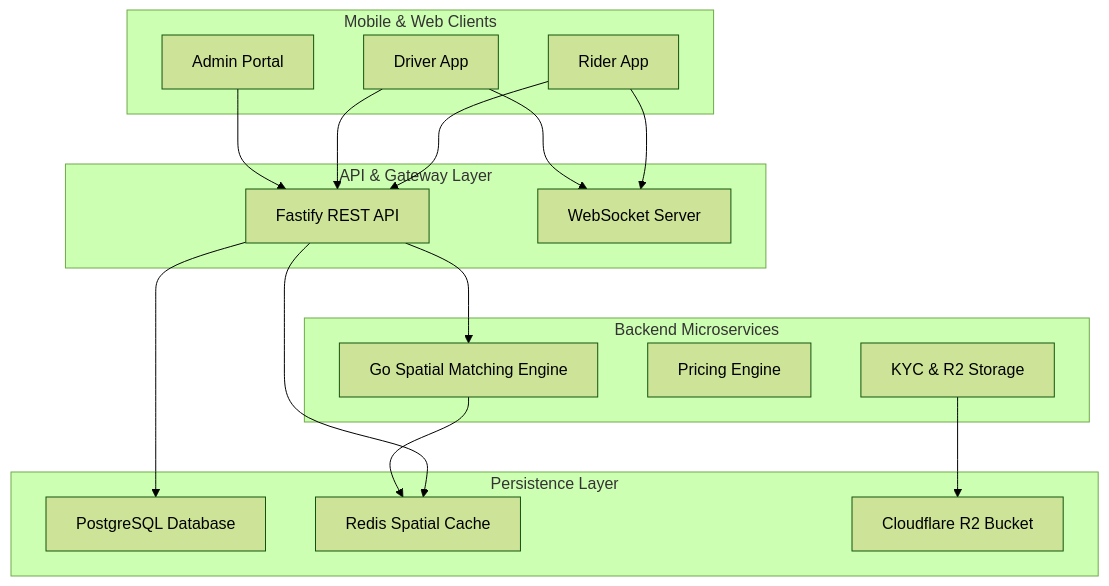
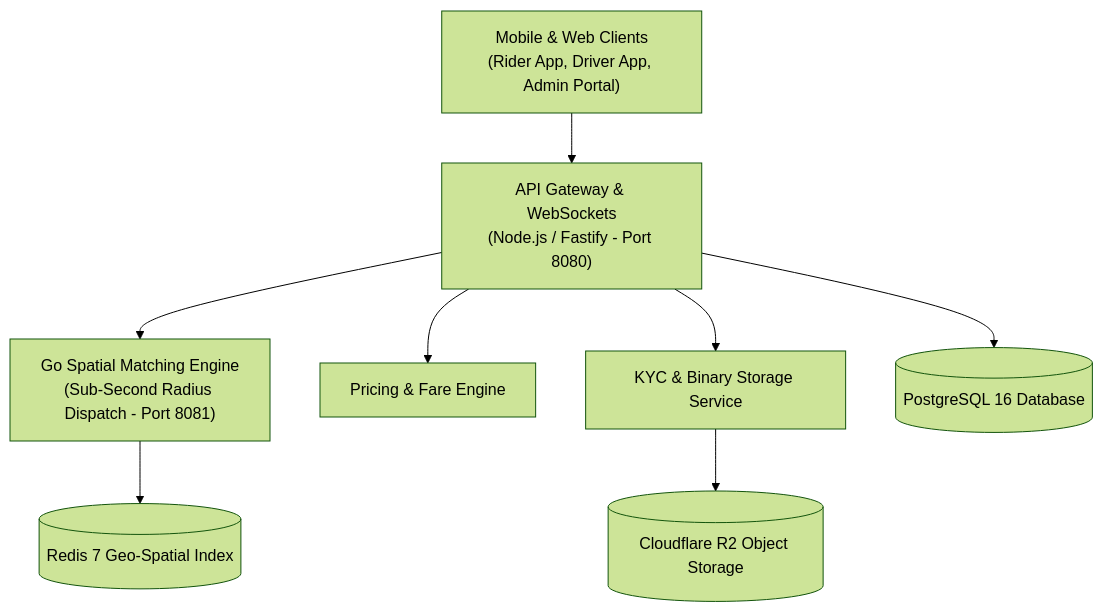
One commit to er-anubhav/ride-matching changed the diagram in README.md. Above: the diagram before and after it, drawn with Mermaid (forest theme). The commit also changed other lines of this file, not shown here.

Commit message:
Update System Architecture with flat Mermaid graph and ASCII diagram for guaranteed rendering

````diff
--- a/README.md
+++ b/README.md
@@ -46,39 +46,11 @@
 ```mermaid
 graph TD
-    subgraph Clients["Mobile & Web Clients"]
-        RA["Rider App"]
-        DA["Driver App"]
-        AP["Admin Portal"]
-    end
-
-    subgraph Gateway["API & Gateway Layer"]
-        API["Fastify REST API"]
-        WS["WebSocket Server"]
-    end
-
-    subgraph Services["Backend Microservices"]
-        GME["Go Spatial Matching Engine"]
-        PE["Pricing Engine"]
-        KYC["KYC & R2 Storage"]
-    end
-
-    subgraph Data["Persistence Layer"]
-        PG["PostgreSQL Database"]
-        RD["Redis Spatial Cache"]
-        R2["Cloudflare R2 Bucket"]
-    end
-
-    RA --> API
-    DA --> API
-    AP --> API
-
-    RA --> WS
-    DA --> WS
-
-    API --> PG
-    API --> RD
-    API --> GME
-
-    GME --> RD
-    KYC --> R2
+    A["Mobile & Web Clients<br/>(Rider App, Driver App, Admin Portal)"] --> B["API Gateway & WebSockets<br/>(Node.js / Fastify - Port 8080)"]
+    B --> C["Go Spatial Matching Engine<br/>(Sub-Second Radius Dispatch - Port 8081)"]
+    B --> D["Pricing & Fare Engine"]
+    B --> E["KYC & Binary Storage Service"]
+    
+    B --> F[("PostgreSQL 16 Database")]
+    C --> G[("Redis 7 Geo-Spatial Index")]
+    E --> H[("Cloudflare R2 Object Storage")]
 ```
````
